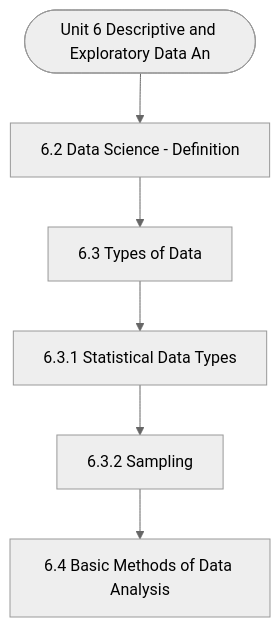
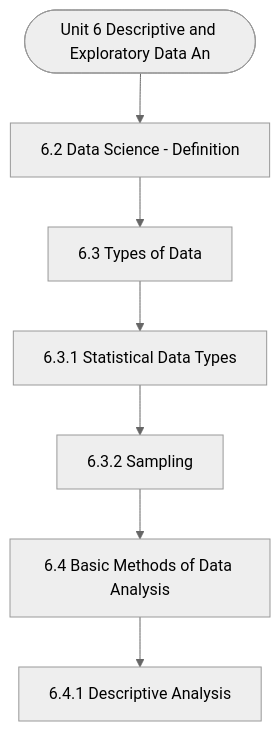
One commit to Asutosh-Coaching/mscdsa changed the diagram in notes/Semester_1/MCS-062_Introduction_to_Data_Science/unit_06_Descriptive_and_Exploratory_Data_Analysis_-_An_Int.md. Above: the diagram before and after it, drawn with Mermaid (neutral theme). The commit also changed other lines of this file and 116 other files, not shown here.

````diff
--- a/notes/Semester_1/MCS-062_Introduction_to_Data_Science/unit_06_Descriptive_and_Exploratory_Data_Analysis_-_An_Int.md
+++ b/notes/Semester_1/MCS-062_Introduction_to_Data_Science/unit_06_Descriptive_and_Exploratory_Data_Analysis_-_An_Int.md
@@ -19,14 +19,16 @@
 ```mermaid
 flowchart TD
   Start(["Unit 6 Descriptive and Exploratory Data An"])
   N1["6.2 Data Science - Definition"]
   N2["6.3 Types of Data"]
   N3["6.3.1 Statistical Data Types"]
   N4["6.3.2 Sampling"]
   N5["6.4 Basic Methods of Data Analysis"]
+  N6["6.4.1 Descriptive Analysis"]
   Start --> N1
   N1 --> N2
   N2 --> N3
   N3 --> N4
   N4 --> N5
+  N5 --> N6
 ```
````
